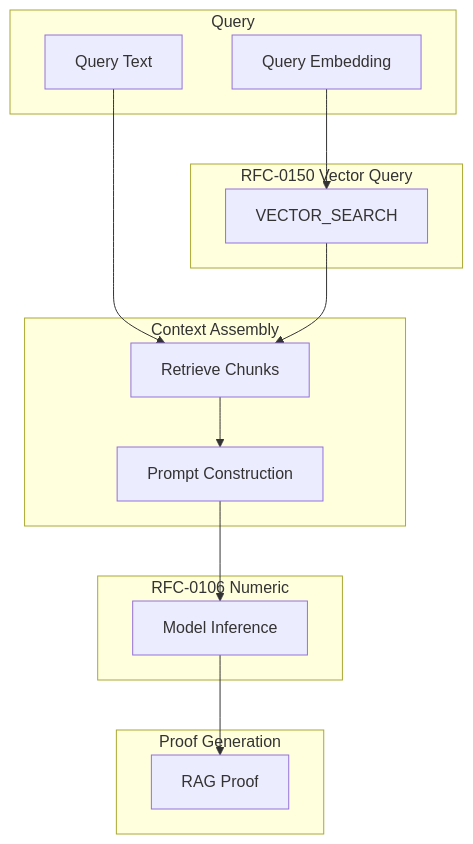
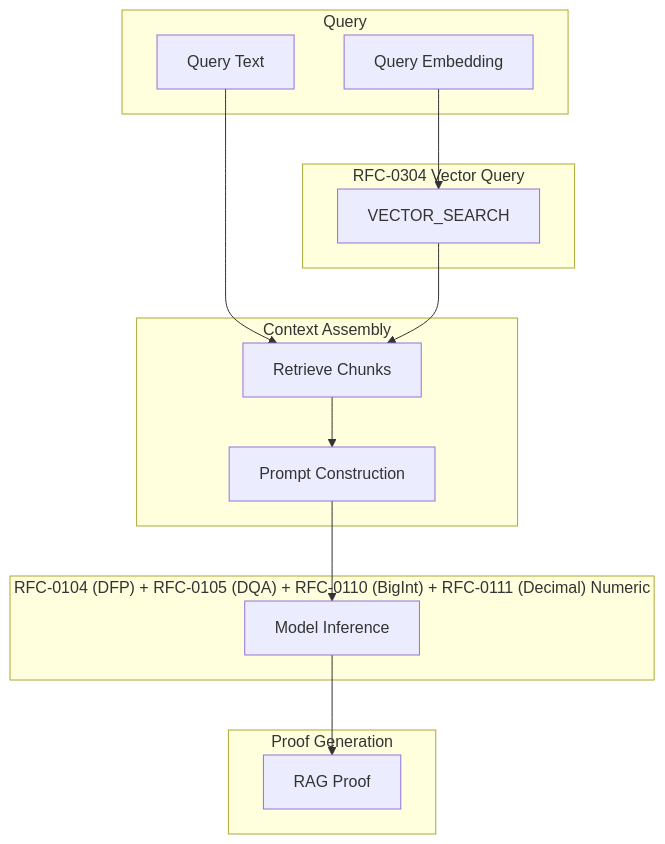
The diagram in rfcs/draft/ai-execution/0550-verifiable-rag-execution.md (CipherOcto/cipherocto), drawn with Mermaid before and after one commit. The commit also changed other lines of this file and 281 other files, not shown here.

````diff
--- a/rfcs/draft/ai-execution/0550-verifiable-rag-execution.md
+++ b/rfcs/draft/ai-execution/0550-verifiable-rag-execution.md
@@ -45,31 +45,31 @@
 ```mermaid
 graph TB
     subgraph "Query"
         Q_EMBED[Query Embedding]
         Q_TEXT[Query Text]
     end
 
-    subgraph "RFC-0150 Vector Query"
+    subgraph "RFC-0304 Vector Query"
         SEARCH[VECTOR_SEARCH]
     end
 
     subgraph "Context Assembly"
         CHUNKS[Retrieve Chunks]
         PROMPT[Prompt Construction]
     end
 
-    subgraph "RFC-0106 Numeric"
+    subgraph "RFC-0104 (DFP) + RFC-0105 (DQA) + RFC-0110 (BigInt) + RFC-0111 (Decimal) Numeric"
         MODEL[Model Inference]
     end
 
     subgraph "Proof Generation"
         PROOF[RAG Proof]
     end
 
     Q_EMBED --> SEARCH
     Q_TEXT --> CHUNKS
     SEARCH --> CHUNKS
     CHUNKS --> PROMPT
     PROMPT --> MODEL
     MODEL --> PROOF
 ```
````
